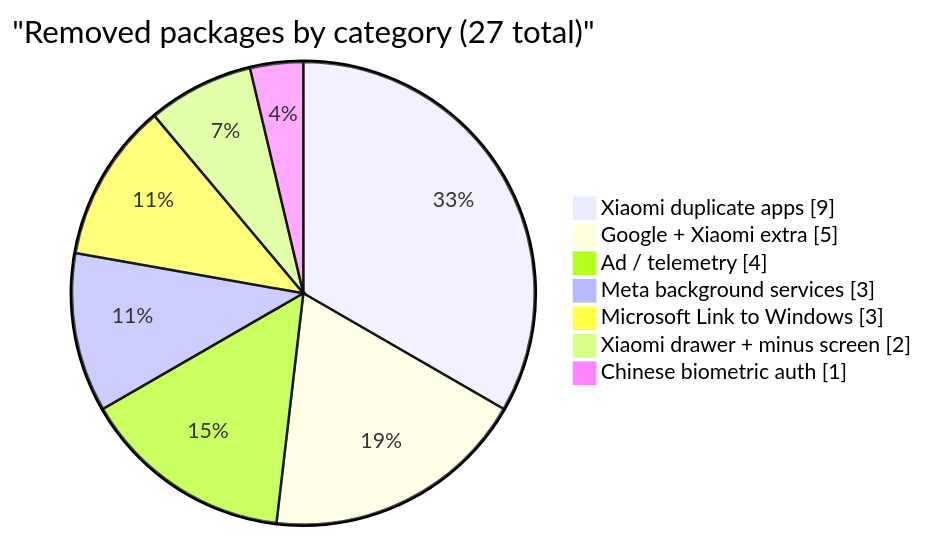
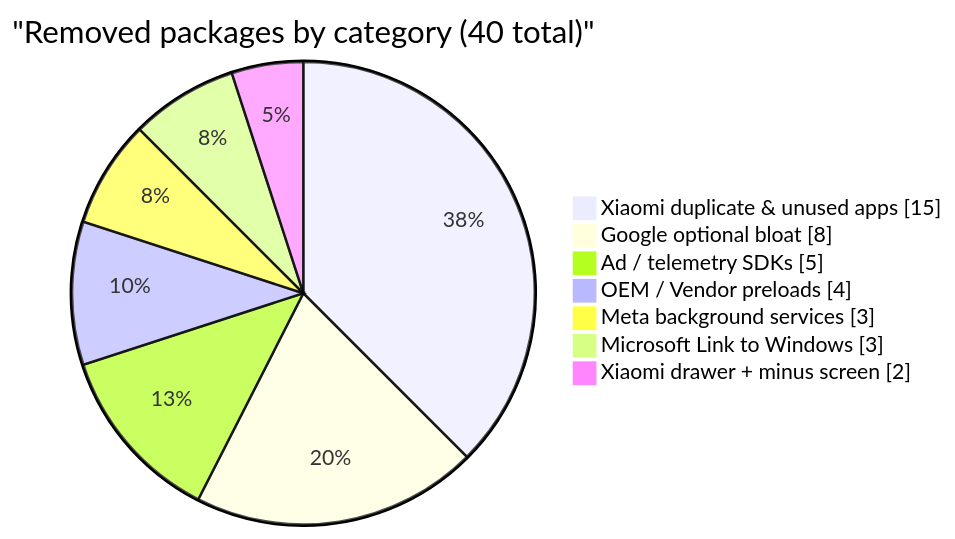
The diagram in README.md (9M2PJU/9M2PJU-POCO-F7), drawn with Mermaid before and after one commit. The commit also changed other lines of this file, not shown here.

Commit message:
Update visualized charts, metrics, and summary for 40 debloated packages

````diff
--- a/README.md
+++ b/README.md
@@ -254,11 +257,11 @@
 ```mermaid
 pie showData
-    title "Removed packages by category (27 total)"
-    "Xiaomi duplicate apps" : 9
-    "Google + Xiaomi extra" : 5
-    "Ad / telemetry" : 4
+    title "Removed packages by category (40 total)"
+    "Xiaomi duplicate & unused apps" : 15
+    "Google optional bloat" : 8
+    "Ad / telemetry SDKs" : 5
+    "OEM / Vendor preloads" : 4
     "Meta background services" : 3
     "Microsoft Link to Windows" : 3
     "Xiaomi drawer + minus screen" : 2
-    "Chinese biometric auth" : 1
 ```
````
